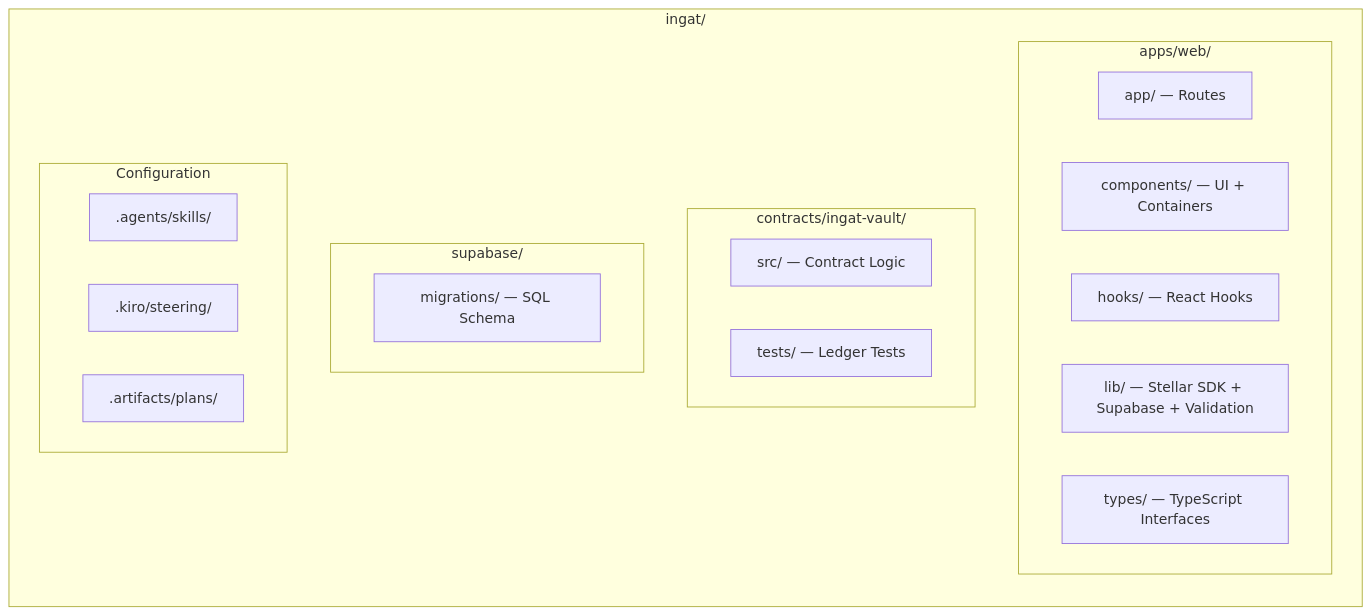
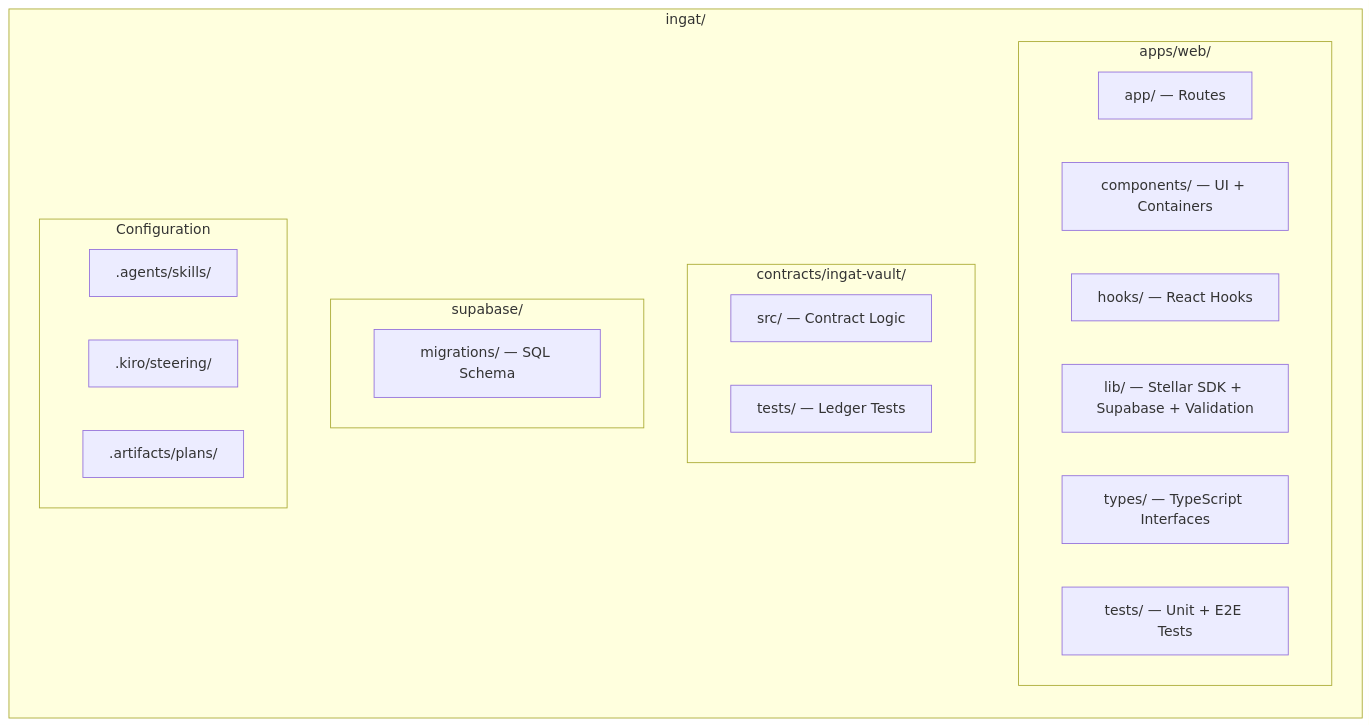
Before and after one commit to IAmHaiel/INGAT-copy: the fourth of 6 diagrams in README.md, drawn with Mermaid. The commit also changed other lines of this file and 17 other files, not shown here.

````diff
--- a/README.md
+++ b/README.md
@@ -181,24 +187,25 @@
 ```mermaid
 graph LR
     subgraph Root["ingat/"]
         subgraph Apps["apps/web/"]
             A1[app/ — Routes]
             A2[components/ — UI + Containers]
             A3[hooks/ — React Hooks]
             A4[lib/ — Stellar SDK + Supabase + Validation]
             A5[types/ — TypeScript Interfaces]
+            A6[tests/ — Unit + E2E Tests]
         end
         subgraph Contracts["contracts/ingat-vault/"]
             C1[src/ — Contract Logic]
             C2[tests/ — Ledger Tests]
         end
         subgraph Database["supabase/"]
             E1[migrations/ — SQL Schema]
         end
         subgraph Config["Configuration"]
             D1[.agents/skills/]
             D2[.kiro/steering/]
             D3[.artifacts/plans/]
         end
     end
 ```
````
